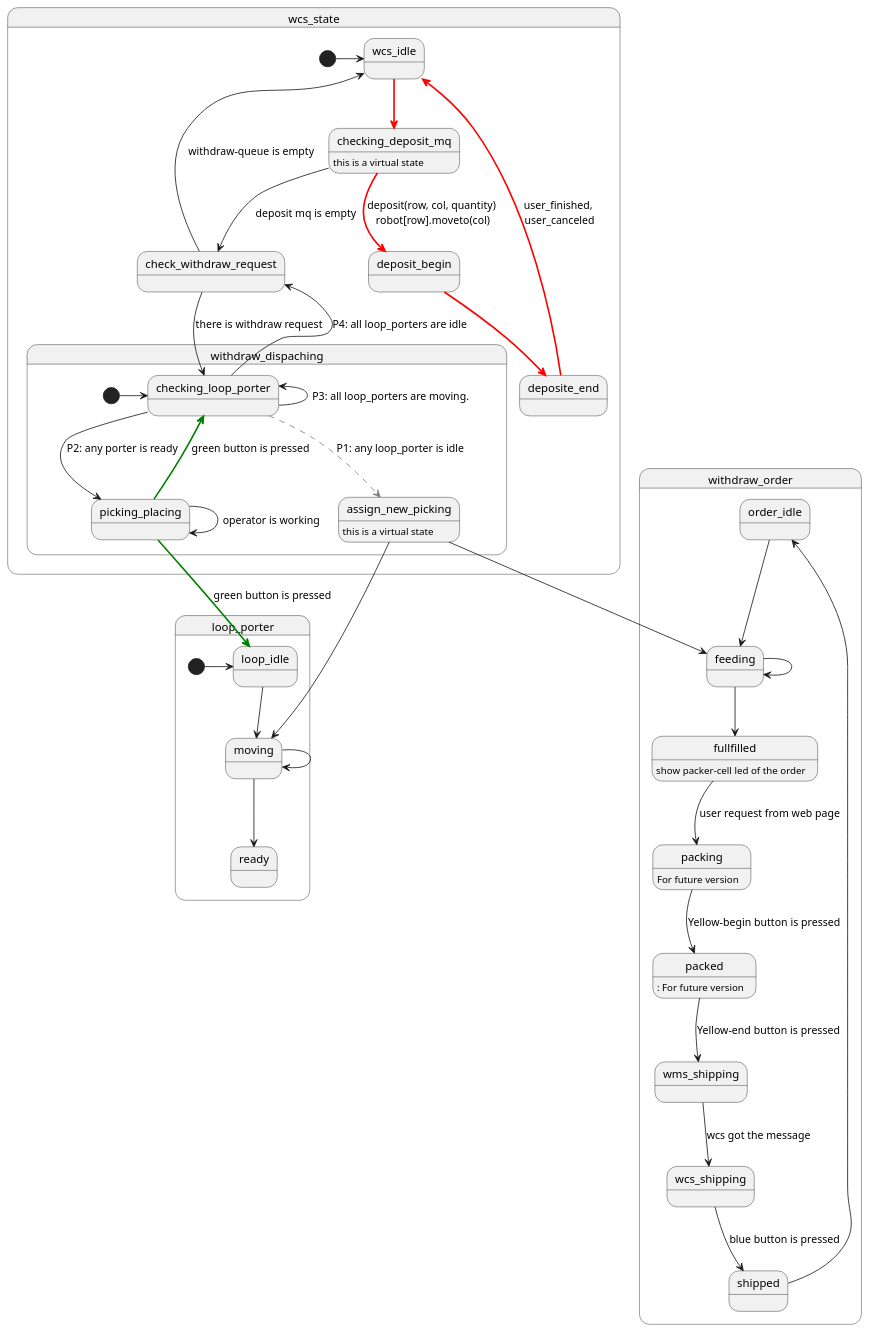
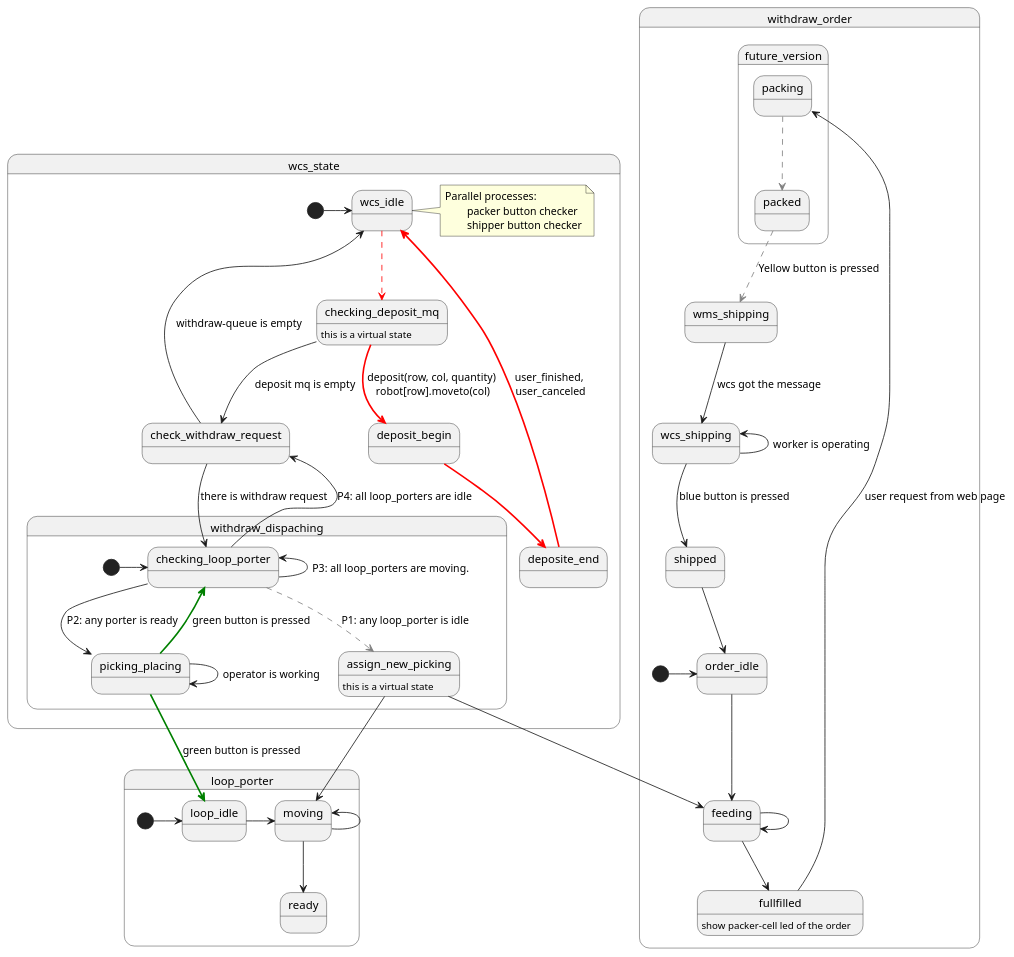
Before and after one commit to voicevon/gobot_front: the diagram in apps/twh2/docs/wcs_state_machine.puml, drawn with PlantUML. The commit also changed 5 other files, not shown here.

```diff
--- a/apps/twh2/docs/wcs_state_machine.puml
+++ b/apps/twh2/docs/wcs_state_machine.puml
@@ -1,54 +1,63 @@
 @startuml
 
 state wcs_state{
 	[*] -> wcs_idle
-	wcs_idle-[#red,bold]-> checking_deposit_mq
+	wcs_idle-[#red,dashed]-> checking_deposit_mq
 	checking_deposit_mq -[#red,bold]-> deposit_begin: deposit(row, col, quantity) \nrobot[row].moveto(col)
 	deposit_begin -[#red,bold]-> deposite_end
 	deposite_end -[#red,bold]->wcs_idle: user_finished, \nuser_canceled
 	checking_deposit_mq: this is a virtual state
 
 	state withdraw_dispaching{
 		[*] -> checking_loop_porter
 		checking_loop_porter -[#grey,dashed]-> assign_new_picking : P1: any loop_porter is idle
 		assign_new_picking: this is a virtual state
 		checking_loop_porter --> picking_placing : P2: any porter is ready  
 		checking_loop_porter <-- checking_loop_porter: P3: all loop_porters are moving.
 		picking_placing -> picking_placing: operator is working
 		picking_placing -[#green,bold]-> checking_loop_porter : green button is pressed
 	}
 	checking_deposit_mq --> check_withdraw_request: deposit mq is empty
 	check_withdraw_request --> wcs_idle:  withdraw-queue is empty
 	check_withdraw_request --> checking_loop_porter: there is withdraw request
 	check_withdraw_request <-- checking_loop_porter: P4: all loop_porters are idle
+	note right of wcs_idle
+	Parallel processes:
+		packer button checker
+		shipper button checker
+	end note
 }
 
 
 state loop_porter {
 	[*] -> loop_idle 
-	loop_idle --> moving
-	moving -> moving
+	loop_idle -> moving
+	moving <- moving
 	moving --> ready
 }
 
 picking_placing -[#green,bold]-> loop_idle : green button is pressed
 assign_new_picking --> moving
 
 
 state withdraw_order{
+	[*] -> order_idle
 	order_idle --> feeding
 	feeding --> feeding
 	feeding --> fullfilled
-	fullfilled --> packing: user request from web page
-	packing --> packed: Yellow-begin button is pressed
-	packed --> wms_shipping: Yellow-end button is pressed
+
+	state future_version{
+		fullfilled --> packing: user request from web page
+		packing -[#grey,dashed]-> packed 
+	}
+	packed -[#grey,dashed]-> wms_shipping: Yellow button is pressed
+
 	wms_shipping --> wcs_shipping: wcs got the message
+	wcs_shipping <-- wcs_shipping: worker is operating
 	wcs_shipping --> shipped: blue button is pressed
 	shipped --> order_idle
-	packing: For future version
-	packed:: For future version
 	fullfilled: show packer-cell led of the order
 }
 
 assign_new_picking --> feeding
 @enduml
```
